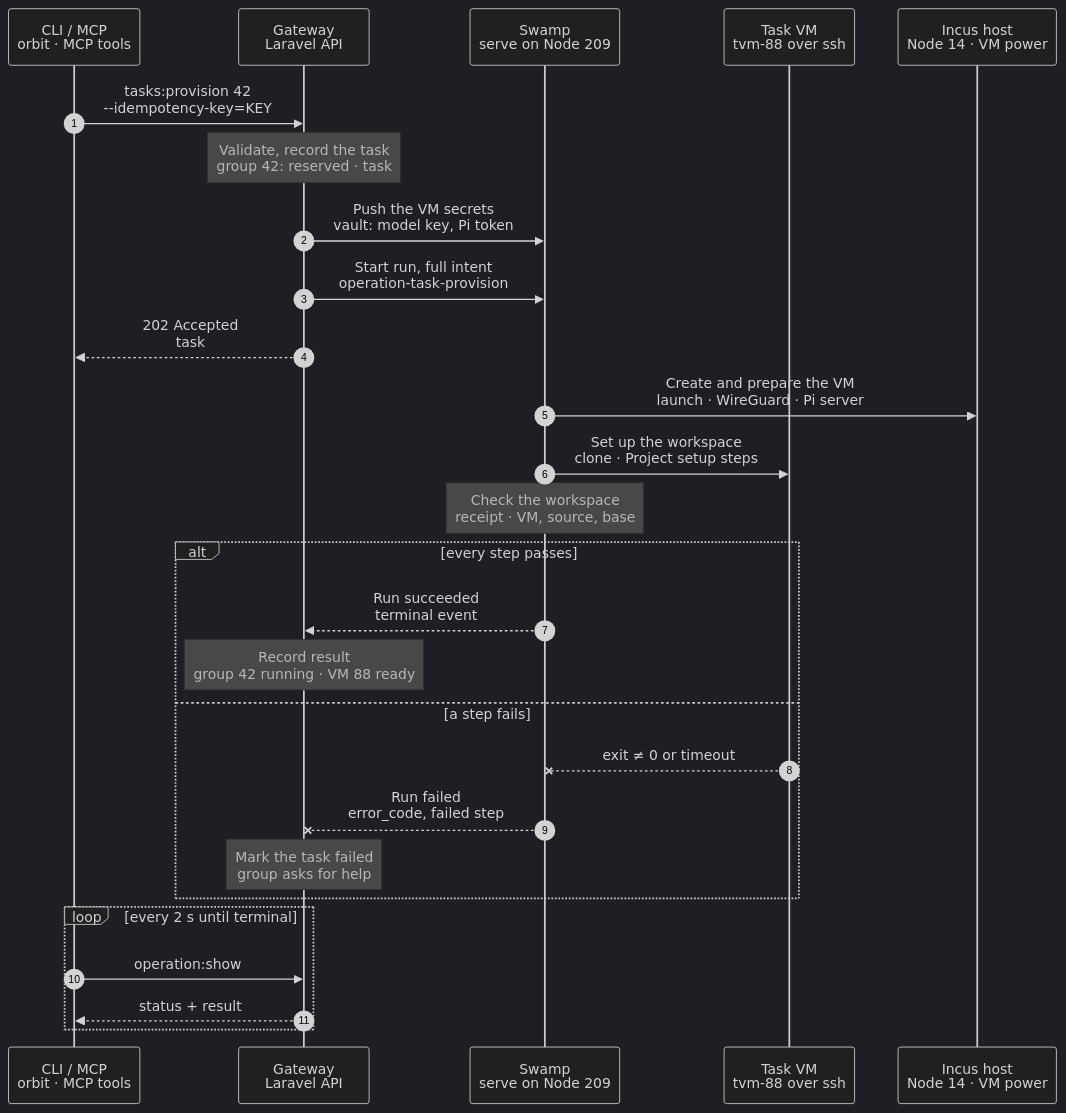
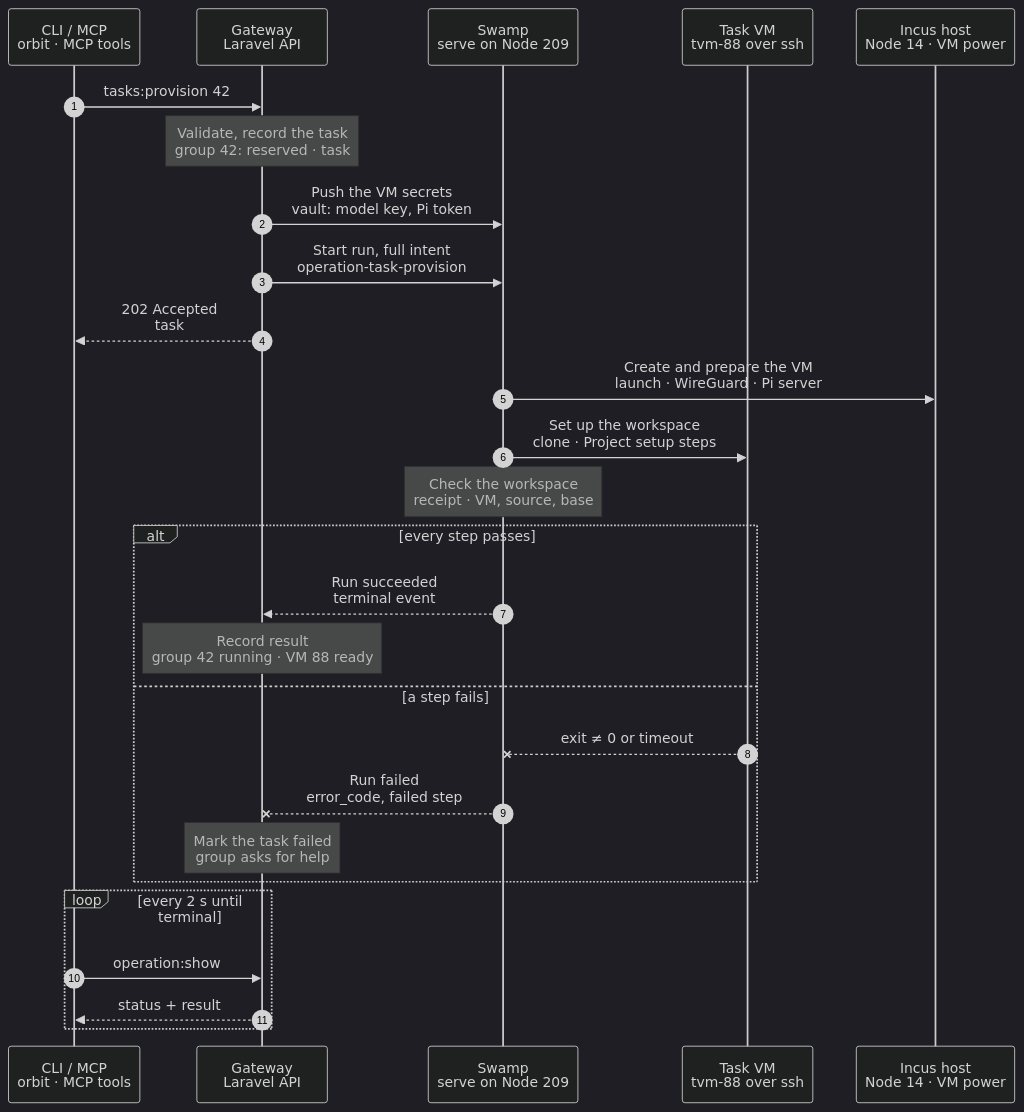
Before and after one commit to hardimpactdev/orbit: the diagram in docs/cli/tasks/provision.mmd, drawn with Mermaid (dark theme). The commit also changed 4 other files, not shown here.

Commit message:
docs(tasks): draw required parameters on the main path (flow rule 23)

```diff
--- a/docs/cli/tasks/provision.mmd
+++ b/docs/cli/tasks/provision.mmd
@@ -1,113 +1,113 @@
 sequenceDiagram
   %% Target design: ADR 0244 (a task group is one root task; Pi turns use the pi driver), Recall swamp-tasks-swamp-orchestrates-pi + task-vms-swamp-via-ssh, DECISIONS R1-R4.
   %% Tightened: flow-tighten 2026-11-02, rule 22. Cut 2026-11-02 (orchestrator): provision creates the VM and the workspace only; the group-run driver composes tasks.check, tasks.turn, tasks.publish, tasks.park and tasks.cancel, each with its own receipt, key and budget.
   %% status: draft
   %% command: tasks:provision
   %% kind: tasks.provision
   autonumber
   %% lane CLI icon=terminal pill=caller tone=gray
   %% lane GW icon=gateway pill=intent tone=blue
   %% lane SW icon=workflow pill=executes tone=green
   %% lane VM icon=server pill=target tone=amber
   %% lane H icon=server pill=target tone=purple
   participant CLI as CLI / MCP<br/>orbit · MCP tools
   participant GW as Gateway<br/>Laravel API
   participant SW as Swamp<br/>serve on Node 209
   participant VM as Task VM<br/>tvm-88 over ssh
   participant H as Incus host<br/>Node 14 · VM power
-  CLI->>GW: tasks:provision 42<br/>--idempotency-key=KEY
+  CLI->>GW: tasks:provision 42
   %%> Command:
   %%> - `orbit tasks:provision 42 --idempotency-key=feature.42`
   %%> - syntax: `<group> [--idempotency-key=KEY] [--json]`
   %%> Input:
   %%> - the task group id; the group already holds its subtasks and deliverables
   %%> Who can call it:
   %%> - the `orbit` CLI and the MCP tool `tasks-provision` send the same request; the group-run driver calls it first for a `todo` group
   %%> After it:
   %%> - the driver runs `tasks:check`, `tasks:turn`, `tasks:publish`, `tasks:park` and `tasks:cancel`, each as its own task with its own receipt, key and budget
   Note over GW: Validate, record the task<br/>group 42: reserved · task #5140
   %%> Requirements:
   %%> - your Node has Gateway access, and the Tasks extension is on
   %%> - group 42 is `todo`, external, and every subtask has a deliverable
   %%> - no other task holds `task_group:42`
   %%> Capacity:
   %%> - the Gateway picks a host with room and the promoted image of the current recipe, for example Node 14
   %%> Image fallback:
   %%> - while a host builds the current recipe, or after that build failed, it serves the host's last promoted image if that image was promoted at most one day ago
   %%> - a group created with `current_recipe: true` never takes a fallback image; it waits for the current recipe, as before
   %%> - with no current image and no fallback under a day old, the task waits (`waiting`, reason `capacity`) until a build promotes
   %%> - with no room, the task waits (`waiting`, reason `capacity`); the Gateway starts it when a task VM is destroyed or an image is promoted
   %%> Result:
   %%> - task #5140 recorded with the full intent: Project, repository, branch `task-42`, the start commit and the setup steps
   %%> - VM 88 reserved on Node 14, and the workspace Instance recorded
   %%> - VM 88 records the image it got: recipe identity, fingerprint, image build, and whether it is a fallback
   GW->>SW: Push the VM secrets<br/>vault: model key, Pi token
   %%> What it does:
   %%> - writes the secrets for VM 88 into the Swamp vault: its model key, its Pi token, the provider bootstrap and, for a private repository, the Git read authorization
   %%> Why:
   %%> - secrets go Gateway → vault → step; the run inputs hold only vault key names
   GW->>SW: Start run, full intent<br/>operation-task-provision
   %%> What it does:
   %%> - starts one Swamp run on serve (Node 209)
   %%> Inputs:
   %%> - the group, VM 88 and Node 14, the workspace and the Project setup steps
   %%> - the SSH identity comes from the `swamp` role; task VMs run no Swamp worker
   GW-->>CLI: 202 Accepted<br/>task #5140
   %%> What you get:
   %%> - the task number, at once
   %%> Next:
   %%> - follow it with `operation:show`, and the board with `tasks:show 42`
   SW->>H: Create and prepare the VM<br/>launch · WireGuard · Pi server
   %%> What it does:
   %%> - creates VM 88 from the promoted recipe image, with the read-only package cache mounted
   %%> - joins VM 88 to WireGuard with its own hub peer file, pins its SSH host key, and starts the Pi server, then checks Pi answers
   %%> Per provider:
   %%> - Incus: `incus launch` on Node 14 over SSH, then one bounded wait until the guest agent answers
   %%> - UpCloud overflow: the UpCloud API from 209, with the token from the vault
   %%> How:
   %%> - the shared task VM workflow, the same one `task_vm.provision` runs
   SW->>VM: Set up the workspace<br/>clone · Project setup steps
   %%> What it does:
   %%> - builds the workspace connection from the host key the VM step pinned
   %%> - clones the repository on 209 and copies it as a Git bundle, on branch `task-42` from the start commit
   %%> - reads the checkout with one `@swamp/ssh exec` argv each: `identity` (HEAD and branch), `analysis_base` (merge base with the default branch) and `inspect` (`stat` of `composer.json` and the entry point)
   %%> - `composer` downloads a regular `composer.json` with one `@swamp/ssh copy` into the private worker directory, so its text never reaches native history
   %%> - `profile` on 209 refuses a checkout on another commit, classifies the source and keeps the start commit's merge base as the fixed analysis base; it reads and deletes the downloaded `composer.json` and keeps only its PHP version and Laravel flag
   %%> - runs the Project setup steps in order as `setup-0`, `setup-1`, …: each is one `@swamp/ssh exec` argv in the checkout, with its own timeout; each writes its output to a file on the VM, and only a redacted 4 KiB tail reaches history
   %%> - for the proof Project only, writes the proof club key as a 0600 file from SSH stdin
   %%> - no step copies a script to the VM
   Note over SW: Check the workspace<br/>receipt · VM, source, base
   %%> What it does:
   %%> - reports one receipt: the VM's readiness, the source and the analysis base, or the first failed step and its error code
   %%> - a failed VM or workspace step has already failed the run; this step only reports
   alt every step passes
     SW-->>GW: Run succeeded<br/>terminal event
     %%> How the Gateway learns it:
     %%> - its shared run reader sees the terminal event; Swamp never calls the Gateway
     Note over GW: Record result<br/>group 42 running · VM 88 ready
     %%> Result:
     %%> - VM 88 is `ready` with its `tvm-88` Node; the workspace Instance is `source_resolved` on the start commit
     %%> - group 42 is `running`; task #5140 succeeds with the starting commit, the analysis base and the image VM 88 got (`image.recipe_identity`, `image.fingerprint`, `image.build_id`, `image.fallback`)
   else a step fails
     VM--xSW: exit ≠ 0 or timeout
     %%> When:
     %%> - a create, enrollment, clone, setup or proof key step fails, or the budget ends
     SW--xGW: Run failed<br/>error_code, failed step
     %%> The Gateway reads:
     %%> - the receipt: which step failed, its error code, and whether VM 88 got ready
     Note over GW: Mark the task failed<br/>group asks for help
     %%> Result:
     %%> - task #5140 fails; a VM that got ready is recorded, and the Instance keeps the failed step
     %%> On the VM:
     %%> - VM 88 and its checkout stay; there is no rollback
     %%> Retry:
     %%> - `tasks:cancel 42` ends the group and removes the VM
   end
   loop every 2 s until terminal
     CLI->>GW: operation:show #5140
     %%> What it does:
     %%> - asks for the task's status every 2 seconds until it has ended
     GW-->>CLI: status + result
     %%> Returns:
     %%> - the current status, and the result once the task has ended
   end
```
